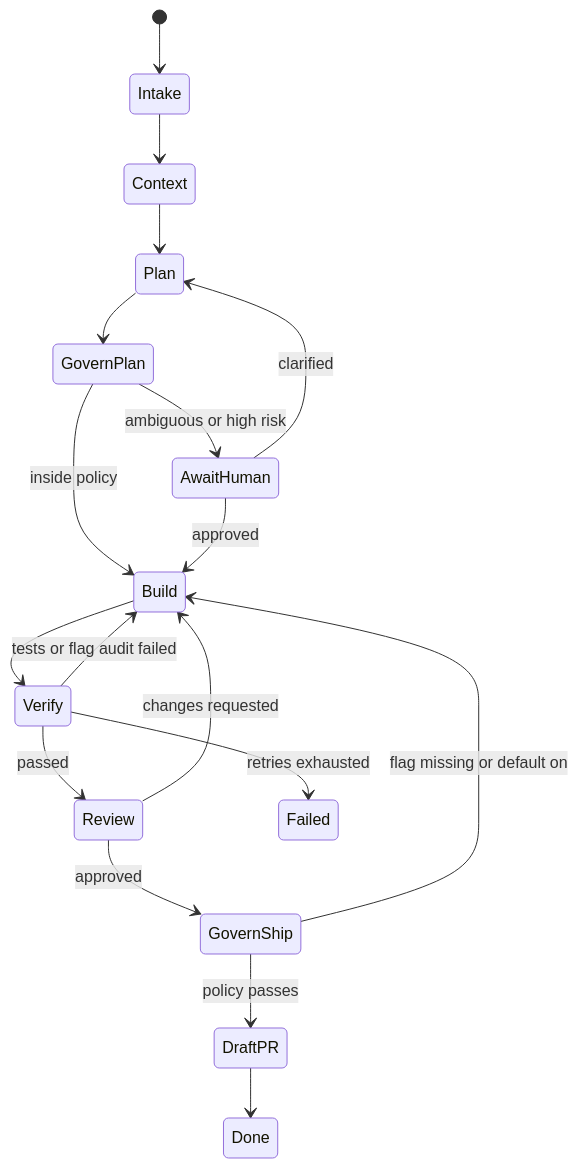
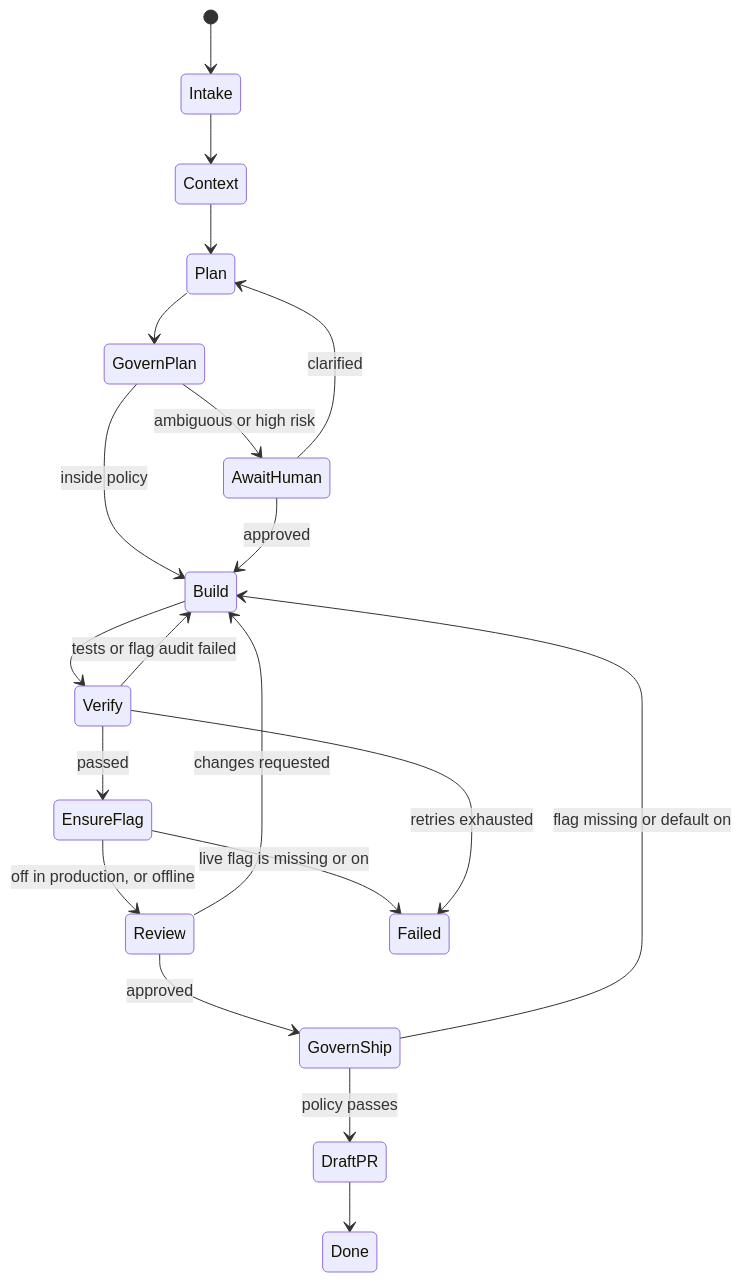
Before and after one commit to launchdarkly-demos/decora-software-factory: the second of 2 diagrams in README.md, drawn with Mermaid. The commit also changed other lines of this file and 26 other files, not shown here.

Commit message:
Default to real SDK agents and verify dark LaunchDarkly flags before review

````diff
--- a/README.md
+++ b/README.md
@@ -50,20 +51,22 @@
 ```mermaid
 stateDiagram-v2
   [*] --> Intake
   Intake --> Context
   Context --> Plan
   Plan --> GovernPlan
   GovernPlan --> AwaitHuman: ambiguous or high risk
   GovernPlan --> Build: inside policy
   AwaitHuman --> Plan: clarified
   AwaitHuman --> Build: approved
   Build --> Verify
   Verify --> Build: tests or flag audit failed
-  Verify --> Review: passed
+  Verify --> EnsureFlag: passed
+  EnsureFlag --> Review: off in production, or offline
+  EnsureFlag --> Failed: live flag is missing or on
   Review --> Build: changes requested
   Review --> GovernShip: approved
   GovernShip --> Build: flag missing or default on
   GovernShip --> DraftPR: policy passes
   DraftPR --> Done
   Verify --> Failed: retries exhausted
 ```
````
